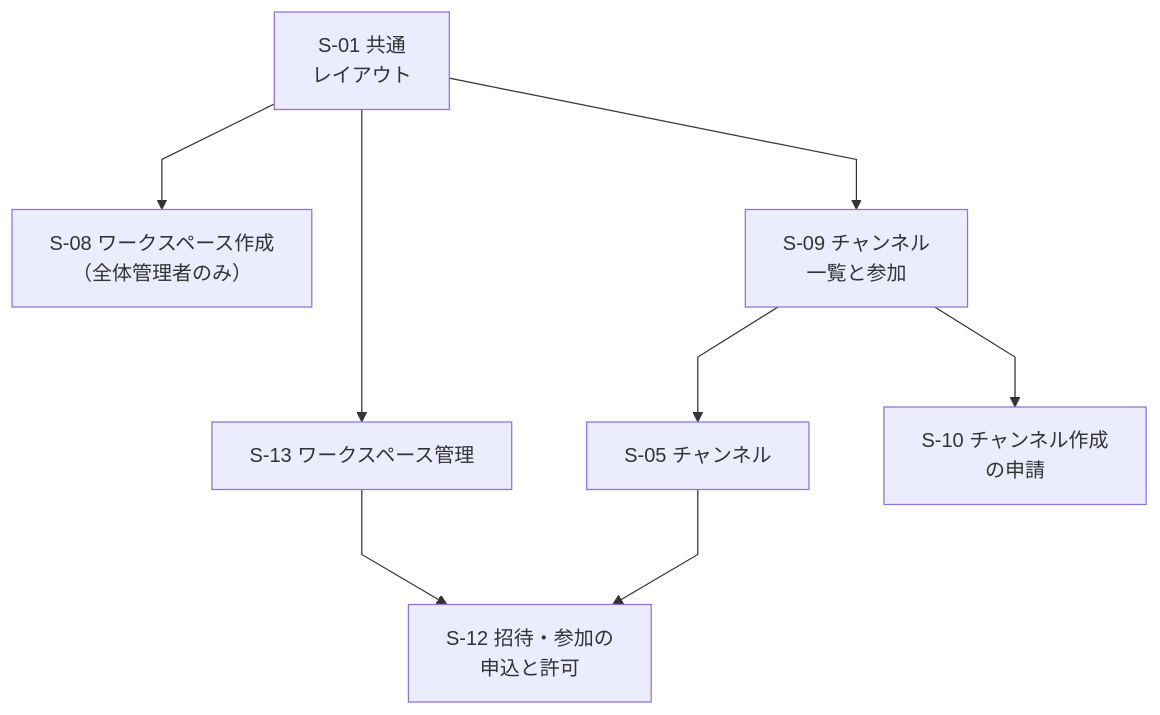
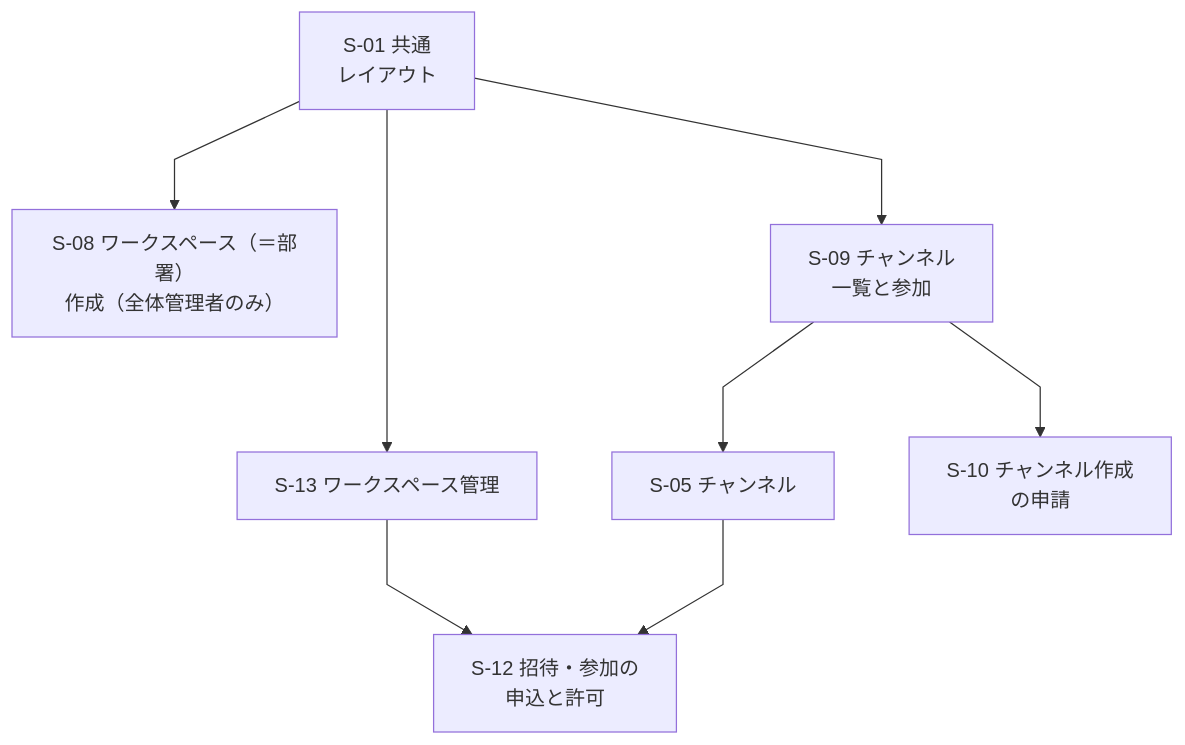
The fourth of 12 diagrams in docs/requirements/screens.md (yamamotonaoki3/internal-system), drawn with Mermaid before and after one commit. The commit also changed other lines of this file and 4 other files, not shown here.

````diff
--- a/docs/requirements/screens.md
+++ b/docs/requirements/screens.md
@@ -135,11 +140,11 @@
 ```mermaid
 %%{init: {"flowchart": {"nodeSpacing": 60, "rankSpacing": 80, "curve": "linear", "htmlLabels": true}}}%%
 flowchart TD
-    S01["S-01 共通<br/>レイアウト"] --> S08["S-08 ワークスペース作成<br/>（全体管理者のみ）"]
+    S01["S-01 共通<br/>レイアウト"] --> S08["S-08 ワークスペース（＝部署）<br/>作成（全体管理者のみ）"]
     S01 --> S09["S-09 チャンネル<br/>一覧と参加"]
     S01 --> S13["S-13 ワークスペース管理"]
     S09 --> S05["S-05 チャンネル"]
     S09 --> S10["S-10 チャンネル作成<br/>の申請"]
     S13 --> S12["S-12 招待・参加の<br/>申込と許可"]
     S05 --> S12
 ```
````
